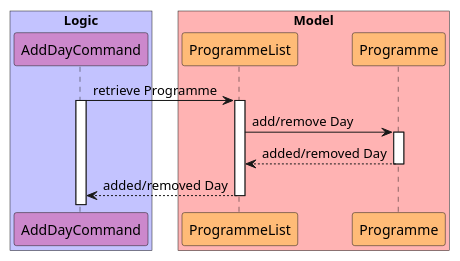
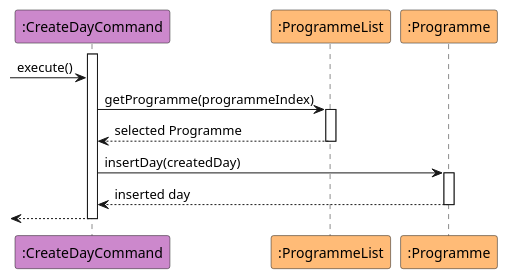
Before and after one commit to nus-cs2113-AY2425S1/tp: the diagram in docs/diagrams/addDayCommand.puml, drawn with PlantUML. The commit also changed 30 other files, not shown here.

Commit message:
Fix sequence diagram bugs

```diff
--- a/docs/diagrams/addDayCommand.puml
+++ b/docs/diagrams/addDayCommand.puml
@@ -1,23 +1,25 @@
 @startuml
-box "Logic" #c3c3ff
-participant "AddDayCommand" as AddDayCommand #cc88cc
-end box
+participant ":CreateDayCommand" as CreateDayCommand #cc88cc
+participant ":ProgrammeList" as ProgrammeList #ffbb77
+participant ":Programme" as Programme #ffbb77
 
-box "Model" #ffb3b3
-participant "ProgrammeList" as ProgrammeList #ffbb77
-participant "Programme" as Programme #ffbb77
-end box
 
-AddDayCommand -> ProgrammeList : retrieve Programme
-activate AddDayCommand
+
+activate CreateDayCommand
+-> CreateDayCommand : execute()
+
+CreateDayCommand -> ProgrammeList : getProgramme(programmeIndex)
 activate ProgrammeList
 
-ProgrammeList -> Programme : add/remove Day
+ProgrammeList --> CreateDayCommand : selected Programme
+deactivate ProgrammeList
+
+CreateDayCommand -> Programme : insertDay(createdDay)
 activate Programme
 
-Programme --> ProgrammeList : added/removed Day
+Programme --> CreateDayCommand :  inserted day
 deactivate Programme
 
-ProgrammeList --> AddDayCommand : added/removed Day
-deactivate ProgrammeList
+<-- CreateDayCommand
+deactivate CreateDayCommand
 @enduml
```
